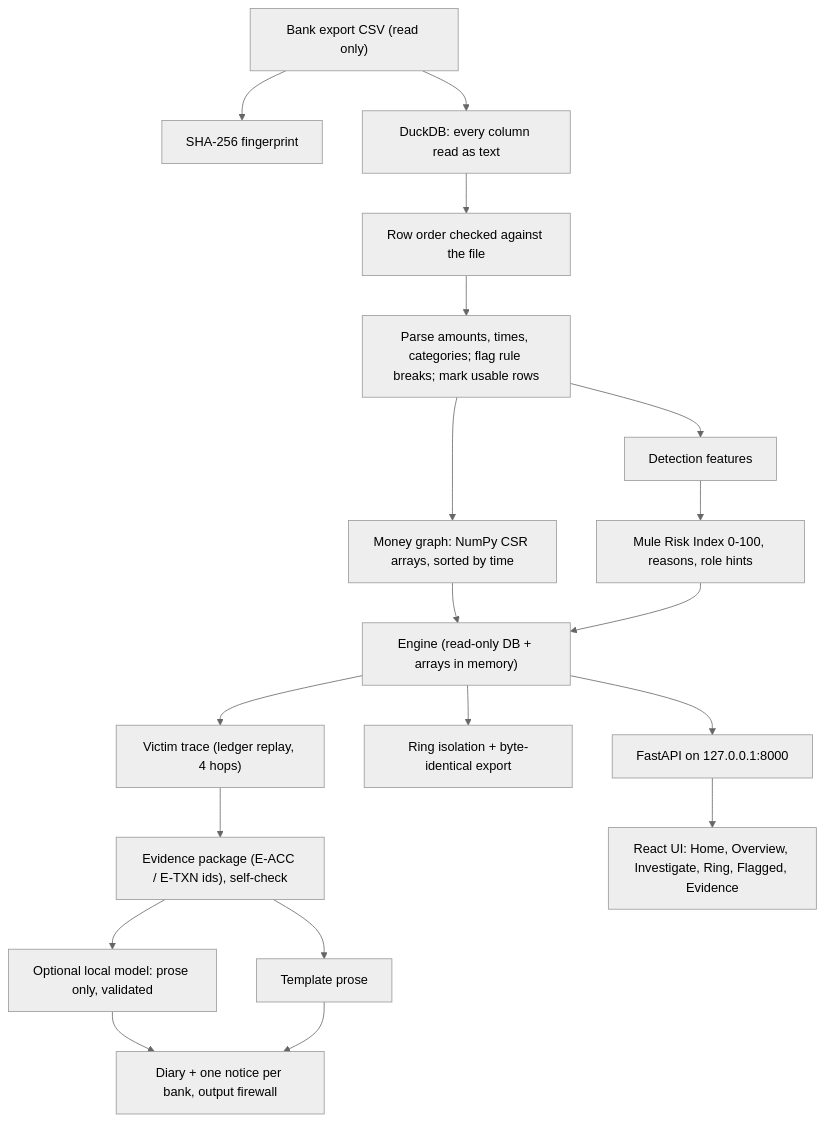
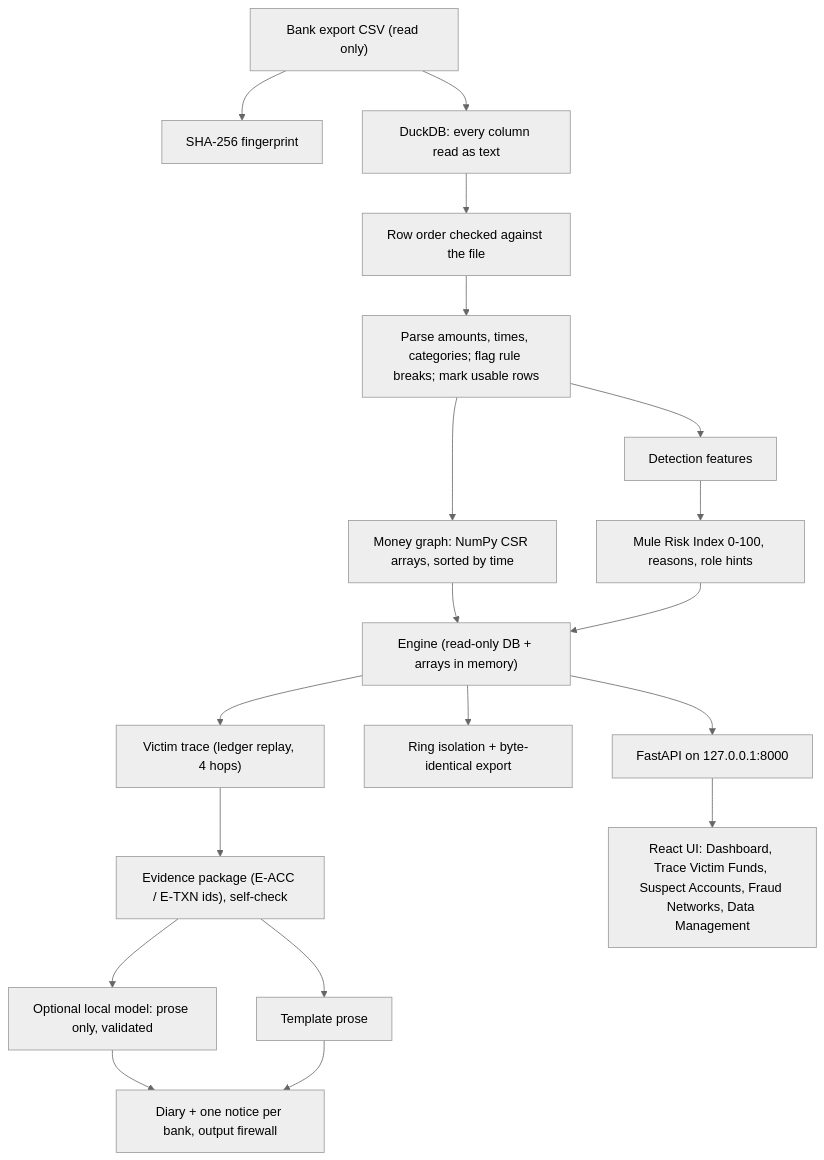
One commit to kartikey1819/Srijan-Coders_VoidHacks changed the diagram in docs/TEAM_GUIDE.md. Above: the diagram before and after it, drawn with Mermaid (neutral theme). The commit also changed other lines of this file and 48 other files, not shown here.

````diff
--- a/docs/TEAM_GUIDE.md
+++ b/docs/TEAM_GUIDE.md
@@ -125,21 +125,21 @@
 ```mermaid
 flowchart TD
   CSV["Bank export CSV (read only)"] --> HASH["SHA-256 fingerprint"]
   CSV --> LOAD["DuckDB: every column read as text"]
   LOAD --> ORDER["Row order checked against the file"]
   ORDER --> DERIVE["Parse amounts, times, categories; flag rule breaks; mark usable rows"]
   DERIVE --> CSR["Money graph: NumPy CSR arrays, sorted by time"]
   DERIVE --> FEAT["Detection features"]
   FEAT --> RISK["Mule Risk Index 0-100, reasons, role hints"]
   CSR --> ENG["Engine (read-only DB + arrays in memory)"]
   RISK --> ENG
   ENG --> TRACE["Victim trace (ledger replay, 4 hops)"]
   ENG --> RING["Ring isolation + byte-identical export"]
   TRACE --> EVID["Evidence package (E-ACC / E-TXN ids), self-check"]
   EVID --> LLM["Optional local model: prose only, validated"]
   EVID --> TPL["Template prose"]
   LLM --> REN["Diary + one notice per bank, output firewall"]
   TPL --> REN
   ENG --> API["FastAPI on 127.0.0.1:8000"]
-  API --> UI["React UI: Home, Overview, Investigate, Ring, Flagged, Evidence"]
+  API --> UI["React UI: Dashboard, Trace Victim Funds, Suspect Accounts, Fraud Networks, Data Management"]
 ```
````
